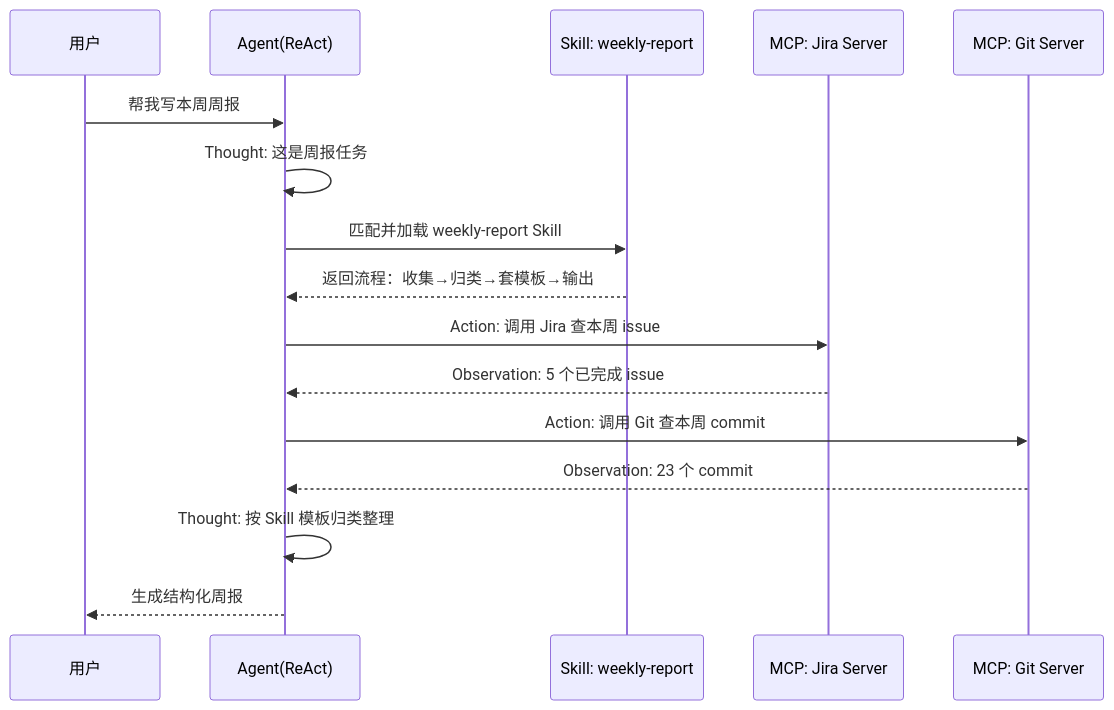
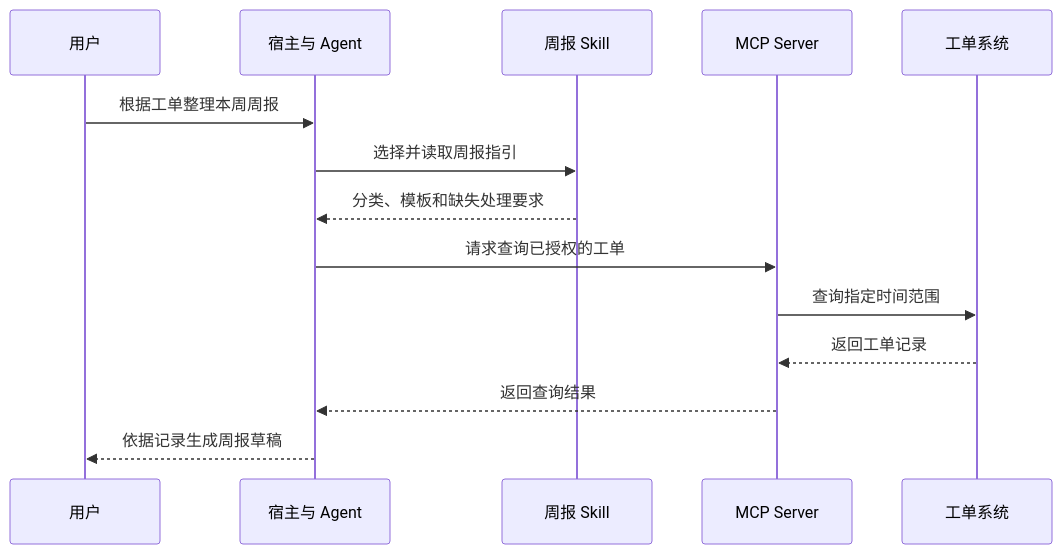
One commit to GuoWWWX/knowledge-base changed the diagram in 10-AI应用开发/05-Agent-MCP-Skills/17-Agent-MCP-Skills组合实战.md. Above: the diagram before and after it, drawn with Mermaid. The commit also changed other lines of this file and 368 other files, not shown here.

````diff
--- a/10-AI应用开发/05-Agent-MCP-Skills/17-Agent-MCP-Skills组合实战.md
+++ b/10-AI应用开发/05-Agent-MCP-Skills/17-Agent-MCP-Skills组合实战.md
@@ -85,19 +41,16 @@
 ```mermaid
 sequenceDiagram
     participant U as 用户
-    participant A as Agent(ReAct)
-    participant SK as Skill: weekly-report
-    participant MJ as MCP: Jira Server
-    participant MG as MCP: Git Server
-
-    U->>A: 帮我写本周周报
-    A->>A: Thought: 这是周报任务
-    A->>SK: 匹配并加载 weekly-report Skill
-    SK-->>A: 返回流程：收集→归类→套模板→输出
-    A->>MJ: Action: 调用 Jira 查本周 issue
-    MJ-->>A: Observation: 5 个已完成 issue
-    A->>MG: Action: 调用 Git 查本周 commit
-    MG-->>A: Observation: 23 个 commit
-    A->>A: Thought: 按 Skill 模板归类整理
-    A-->>U: 生成结构化周报
+    participant H as 宿主与 Agent
+    participant S as 周报 Skill
+    participant M as MCP Server
+    participant D as 工单系统
+    U->>H: 根据工单整理本周周报
+    H->>S: 选择并读取周报指引
+    S-->>H: 分类、模板和缺失处理要求
+    H->>M: 请求查询已授权的工单
+    M->>D: 查询指定时间范围
+    D-->>M: 返回工单记录
+    M-->>H: 返回查询结果
+    H-->>U: 依据记录生成周报草稿
 ```
````
